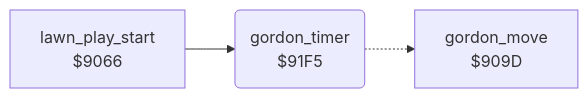
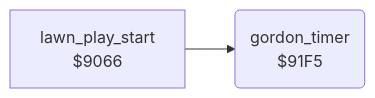
The diagram in hover_bovver/docs/reference/modules/player/gordon_timer.md (henols/c64_games), drawn with Mermaid before and after one commit. The commit also changed other lines of this file and 1100 other files, not shown here.

````diff
--- a/hover_bovver/docs/reference/modules/player/gordon_timer.md
+++ b/hover_bovver/docs/reference/modules/player/gordon_timer.md
@@ -10,8 +16,6 @@
 ```mermaid
 flowchart LR
   n9066["lawn_play_start<br/>$9066"]
-  n909d["gordon_move<br/>$909D"]
   n91f5("gordon_timer<br/>$91F5")
   n9066 --> n91f5
-  n91f5 -.-> n909d
 ```
````
